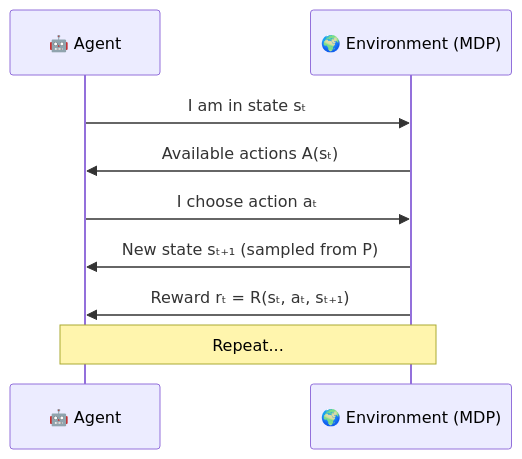
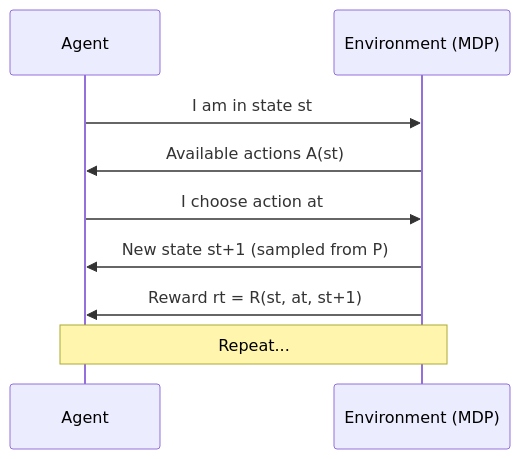
The third of 9 diagrams in 02_Markov_Decision_Process(MDPs)/README.md (Abhijit1102/reinforcement_learning), drawn with Mermaid before and after one commit. The commit also changed other lines of this file, not shown here.

Commit message:
chapter 2 readme imporve mermaid

````diff
--- a/02_Markov_Decision_Process(MDPs)/README.md
+++ b/02_Markov_Decision_Process(MDPs)/README.md
@@ -83,12 +83,12 @@
 ```mermaid
 sequenceDiagram
-    participant Agent as 🤖 Agent
-    participant Env as 🌍 Environment (MDP)
+    participant Agent as Agent
+    participant Env as Environment (MDP)
 
-    Agent->>Env: I am in state sₜ
-    Env->>Agent: Available actions A(sₜ)
-    Agent->>Env: I choose action aₜ
-    Env->>Agent: New state sₜ₊₁ (sampled from P)
-    Env->>Agent: Reward rₜ = R(sₜ, aₜ, sₜ₊₁)
+    Agent->>Env: I am in state st
+    Env->>Agent: Available actions A(st)
+    Agent->>Env: I choose action at
+    Env->>Agent: New state st+1 (sampled from P)
+    Env->>Agent: Reward rt = R(st, at, st+1)
     Note over Agent,Env: Repeat...
 ```
````
